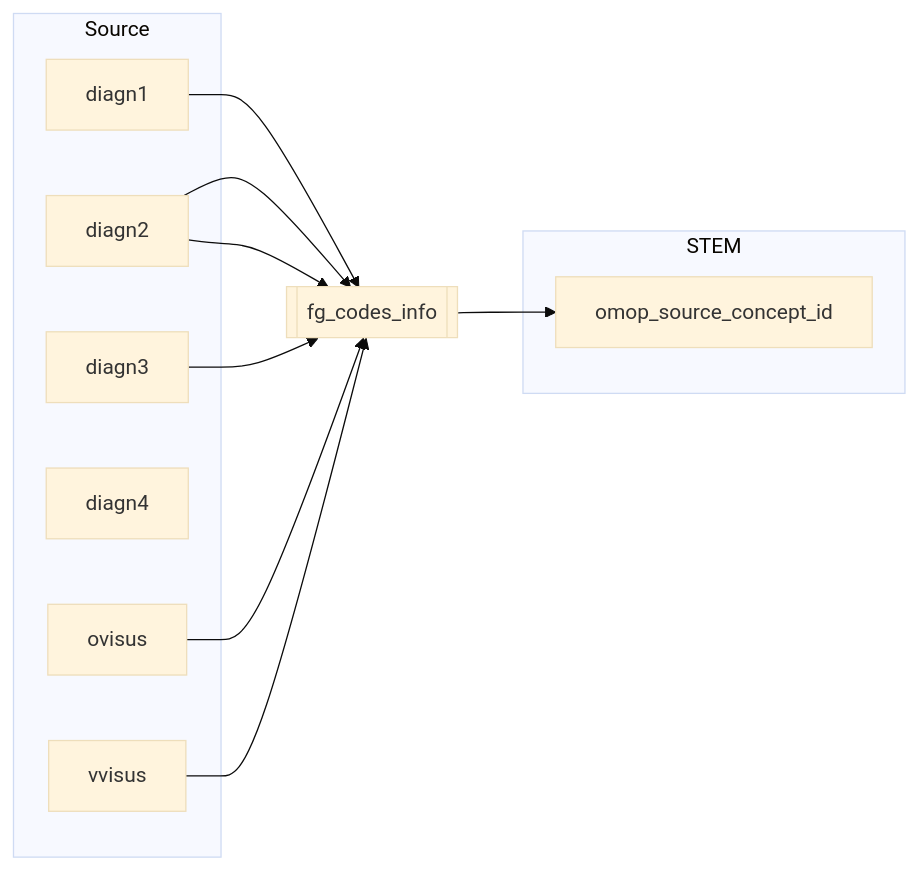
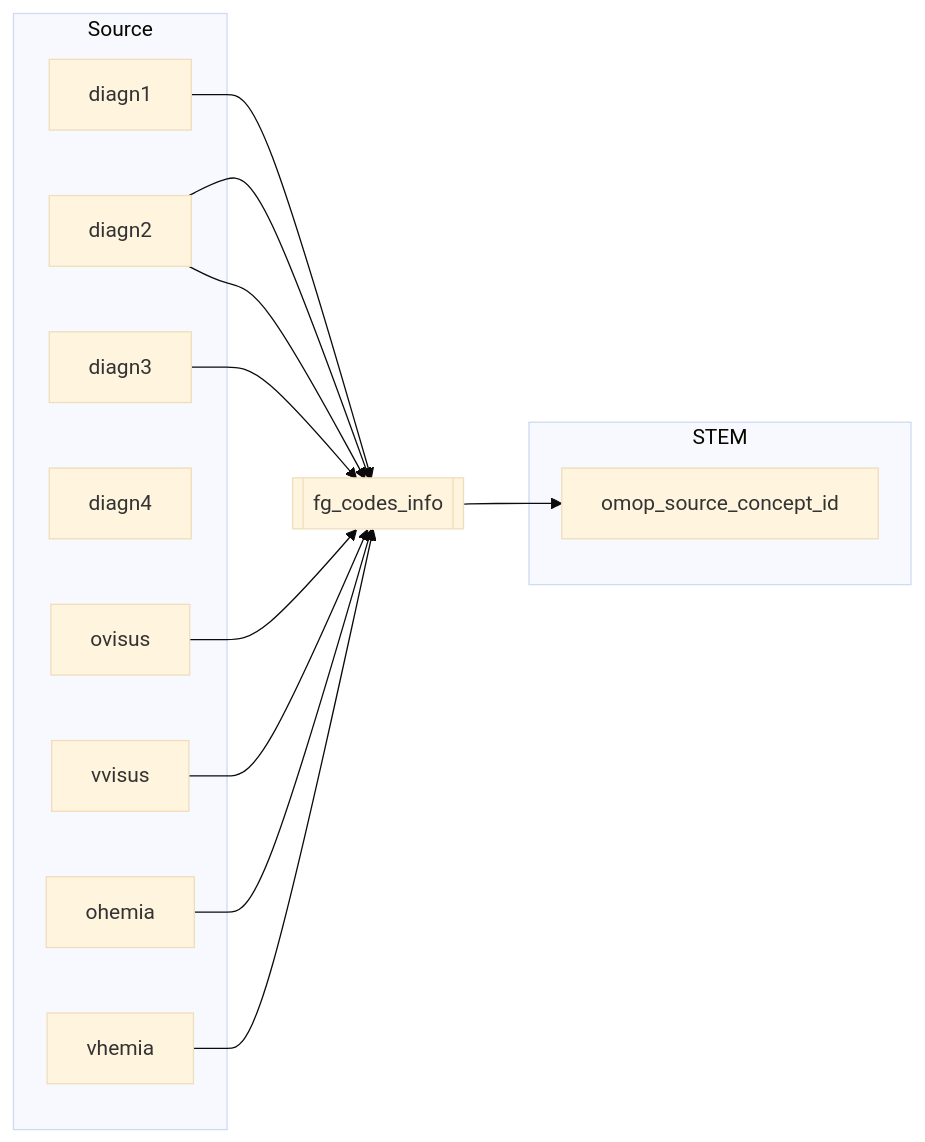
Before and after one commit to FINNGEN/ETL: the diagram in 2_etl_specifications/documentation/vision_to_stem.md, drawn with Mermaid. The commit also changed other lines of this file and 6 other files, not shown here.

````diff
--- a/2_etl_specifications/documentation/vision_to_stem.md
+++ b/2_etl_specifications/documentation/vision_to_stem.md
@@ -10,29 +10,33 @@
 ```mermaid
 %%{init: {'theme': 'base' } }%%
 %%{init: {'theme': 'base' } }%%
 flowchart LR
     subgraph Source
         diagn1
         diagn2
         diagn3
         diagn4
         ovisus
         vvisus
+        ohemia
+        vhemia
     end
 
     fg_codes_info[[fg_codes_info]]
 
     subgraph STEM
         omop_source_concept_id
 
     end
 
     diagn1-->fg_codes_info
     diagn2-->fg_codes_info
     diagn3-->fg_codes_info
     diagn2-->fg_codes_info
     ovisus-->fg_codes_info
     vvisus-->fg_codes_info
+    ohemia-->fg_codes_info
+    vhemia-->fg_codes_info
 
     fg_codes_info-->omop_source_concept_id
 ```
````
